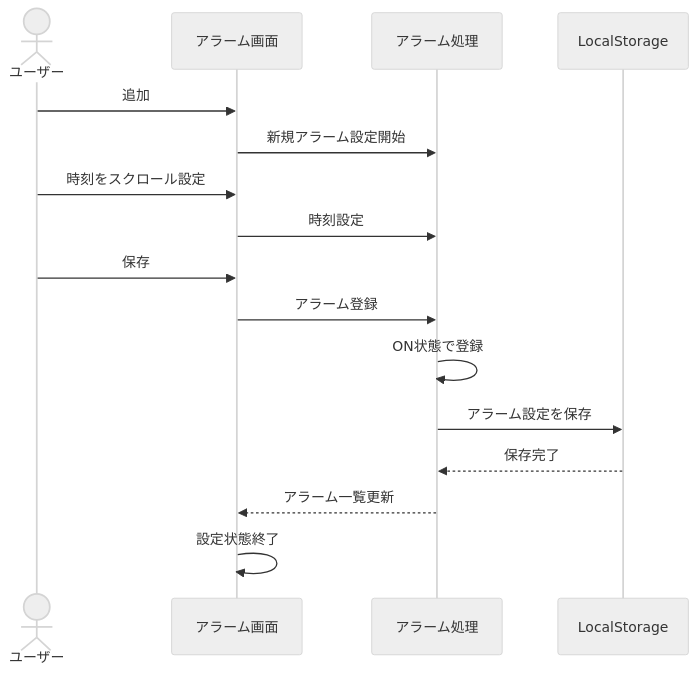
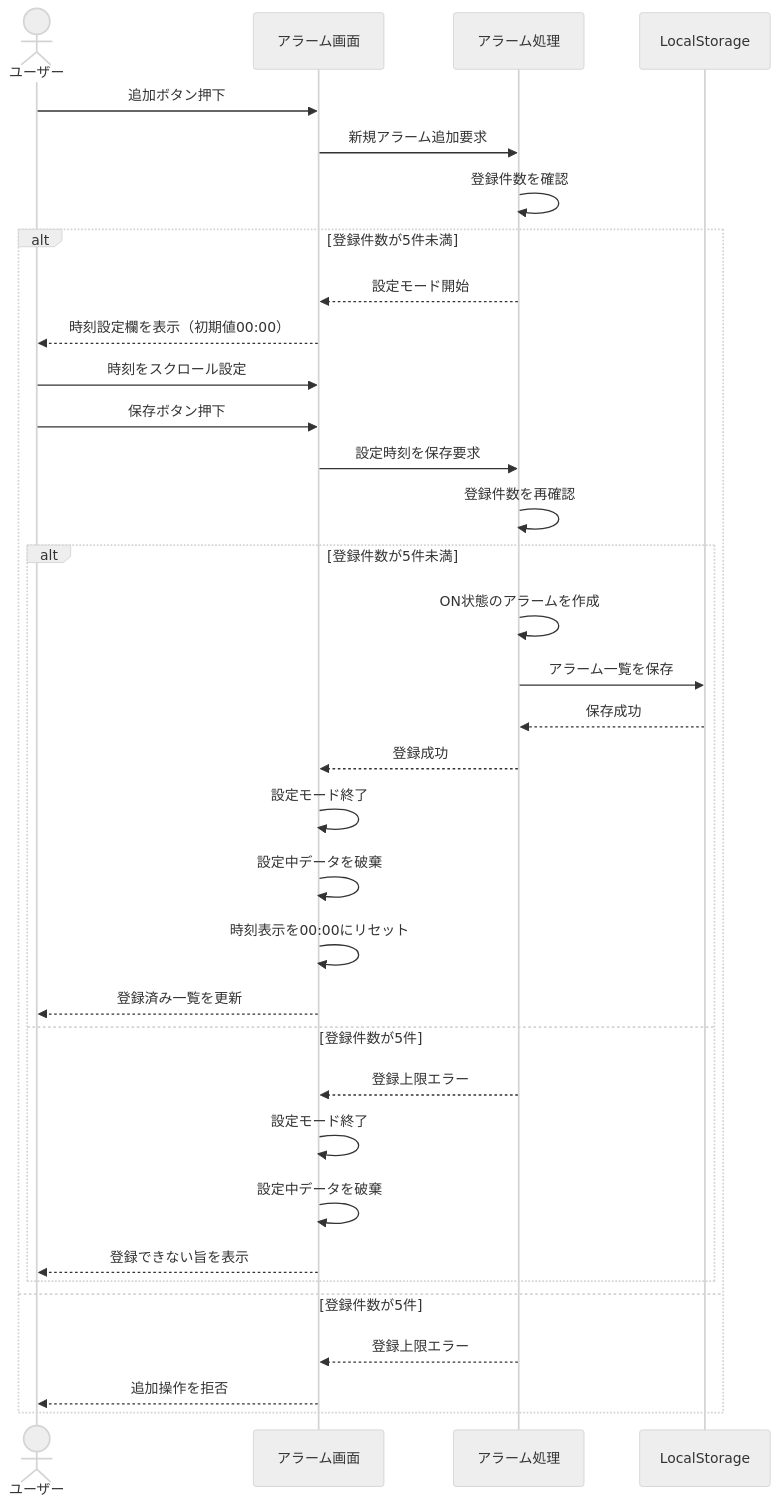
One commit to shun62201234-crypto/timerApplication changed the first of 6 diagrams in document/設計/シーケンス図/アラームシーケンス図.md. Above: the diagram before and after it, drawn with Mermaid (neutral theme). The commit also changed other lines of this file, not shown here.

Commit message:
アラームシーケンス図修正

````diff
--- a/document/設計/シーケンス図/アラームシーケンス図.md
+++ b/document/設計/シーケンス図/アラームシーケンス図.md
@@ -5,22 +3,39 @@
 ```mermaid
 sequenceDiagram
     actor ユーザー
     participant UI as アラーム画面
     participant Alarm as アラーム処理
     participant Storage as LocalStorage
 
-    ユーザー->>UI: 追加
-    UI->>Alarm: 新規アラーム設定開始
+    ユーザー->>UI: 追加ボタン押下
+    UI->>Alarm: 新規アラーム追加要求
+    Alarm->>Alarm: 登録件数を確認
 
-    ユーザー->>UI: 時刻をスクロール設定
-    UI->>Alarm: 時刻設定
+    alt 登録件数が5件未満
+        Alarm-->>UI: 設定モード開始
+        UI-->>ユーザー: 時刻設定欄を表示（初期値00:00）
+        ユーザー->>UI: 時刻をスクロール設定
+        ユーザー->>UI: 保存ボタン押下
+        UI->>Alarm: 設定時刻を保存要求
+        Alarm->>Alarm: 登録件数を再確認
 
-    ユーザー->>UI: 保存
-    UI->>Alarm: アラーム登録
-    Alarm->>Alarm: ON状態で登録
-    Alarm->>Storage: アラーム設定を保存
-    Storage-->>Alarm: 保存完了
-    Alarm-->>UI: アラーム一覧更新
-
-    UI->>UI: 設定状態終了
+        alt 登録件数が5件未満
+            Alarm->>Alarm: ON状態のアラームを作成
+            Alarm->>Storage: アラーム一覧を保存
+            Storage-->>Alarm: 保存成功
+            Alarm-->>UI: 登録成功
+            UI->>UI: 設定モード終了
+            UI->>UI: 設定中データを破棄
+            UI->>UI: 時刻表示を00:00にリセット
+            UI-->>ユーザー: 登録済み一覧を更新
+        else 登録件数が5件
+            Alarm-->>UI: 登録上限エラー
+            UI->>UI: 設定モード終了
+            UI->>UI: 設定中データを破棄
+            UI-->>ユーザー: 登録できない旨を表示
+        end
+    else 登録件数が5件
+        Alarm-->>UI: 登録上限エラー
+        UI-->>ユーザー: 追加操作を拒否
+    end
 ```
````
